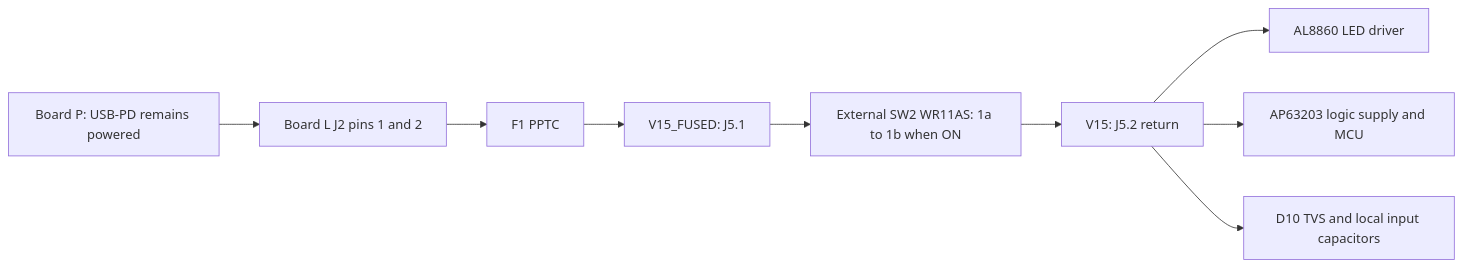
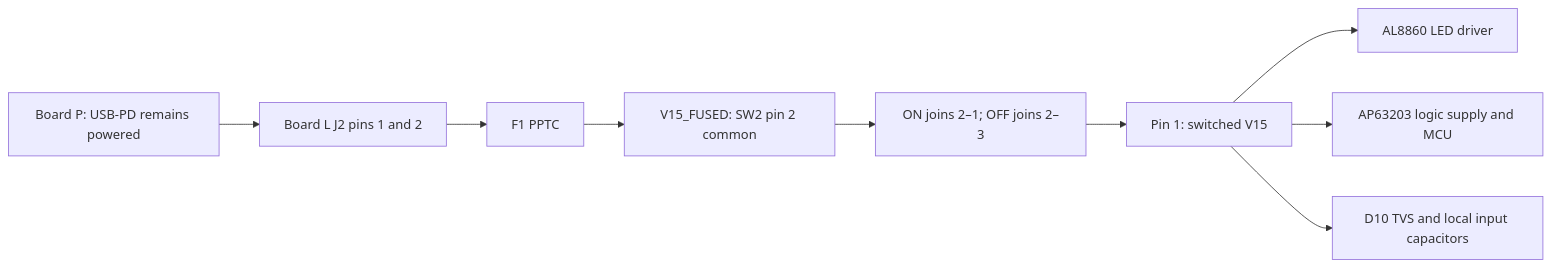
One commit to Takazudo/zudo-led-lamp changed the diagram in doc/src/content/docs/architecture/power-switch.mdx. Above: the diagram before and after it, drawn with Mermaid. The commit also changed other lines of this file and 85 other files, not shown here.

````diff
--- a/doc/src/content/docs/architecture/power-switch.mdx
+++ b/doc/src/content/docs/architecture/power-switch.mdx
@@ -33,11 +33,11 @@
 ```mermaid
 flowchart LR;
   BP["Board P: USB-PD remains powered"] --> J2["Board L J2 pins 1 and 2"];
   J2 --> F1["F1 PPTC"];
-  F1 --> FEED["V15_FUSED: J5.1"];
-  FEED --> SW2["External SW2 WR11AS: 1a to 1b when ON"];
-  SW2 --> RET["V15: J5.2 return"];
+  F1 --> COM["V15_FUSED: SW2 pin 2 common"];
+  COM --> SW2["ON joins 2–1; OFF joins 2–3"];
+  SW2 --> RET["Pin 1: switched V15"];
   RET --> LED["AL8860 LED driver"];
   RET --> LOGIC["AP63203 logic supply and MCU"];
   RET --> LOCAL["D10 TVS and local input capacitors"];
 ```
````
